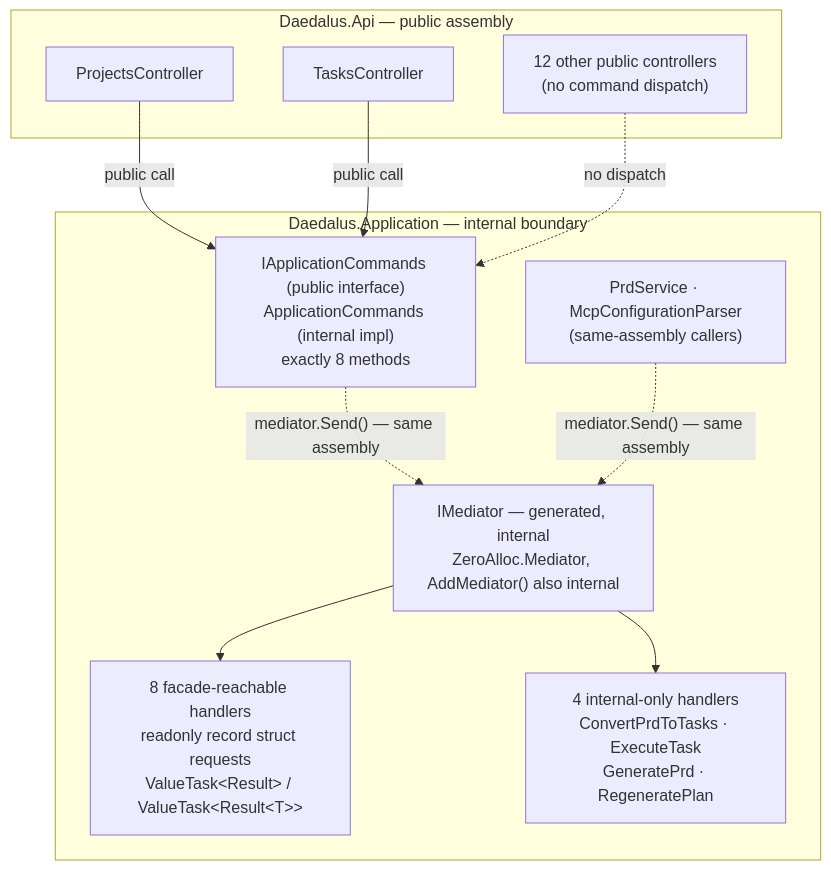
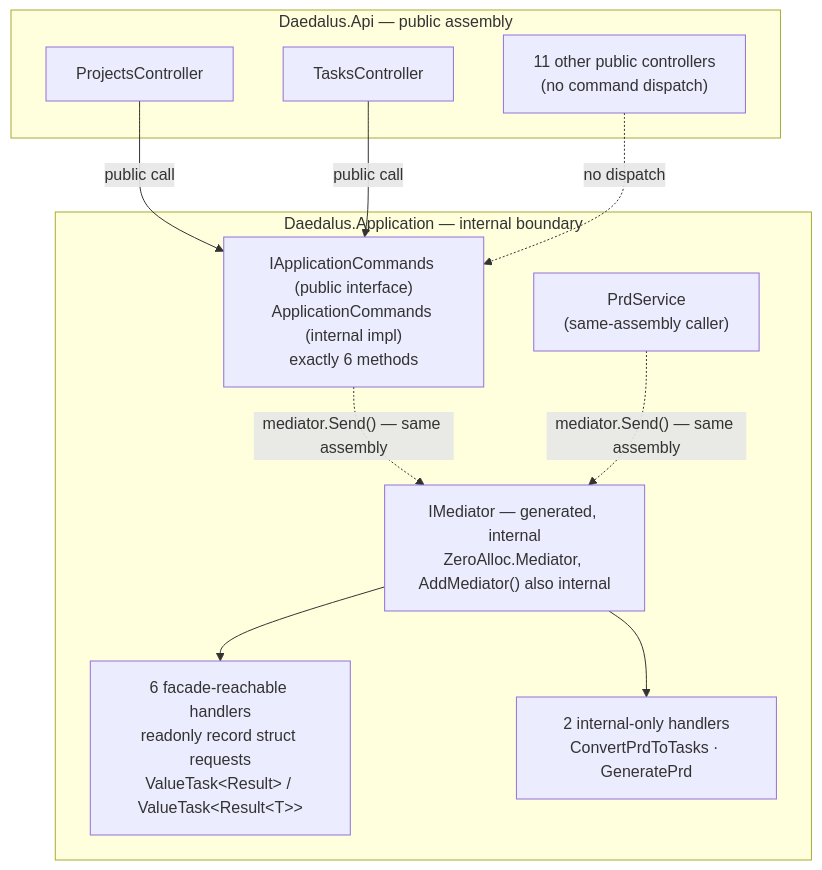
The fourth of 23 diagrams in docs/architecture-diagrams.md (MarcelRoozekrans/Daedalus.NET), drawn with Mermaid before and after one commit. The commit also changed other lines of this file and 8 other files, not shown here.

````diff
--- a/docs/architecture-diagrams.md
+++ b/docs/architecture-diagrams.md
@@ -464,25 +454,25 @@
 ```mermaid
 graph TB
     subgraph API["Daedalus.Api — public assembly"]
         Ctrl1["ProjectsController"]
         Ctrl2["TasksController"]
-        CtrlOther["12 other public controllers<br/>(no command dispatch)"]
+        CtrlOther["11 other public controllers<br/>(no command dispatch)"]
     end
 
     subgraph APP["Daedalus.Application — internal boundary"]
-        Facade["IApplicationCommands (public interface)<br/>ApplicationCommands (internal impl)<br/>exactly 8 methods"]
+        Facade["IApplicationCommands (public interface)<br/>ApplicationCommands (internal impl)<br/>exactly 6 methods"]
         Mediator["IMediator — generated, internal<br/>ZeroAlloc.Mediator, AddMediator() also internal"]
-        H8["8 facade-reachable handlers<br/>readonly record struct requests<br/>ValueTask&lt;Result&gt; / ValueTask&lt;Result&lt;T&gt;&gt;"]
-        Internal["PrdService · McpConfigurationParser<br/>(same-assembly callers)"]
-        H4["4 internal-only handlers<br/>ConvertPrdToTasks · ExecuteTask<br/>GeneratePrd · RegeneratePlan"]
+        H8["6 facade-reachable handlers<br/>readonly record struct requests<br/>ValueTask&lt;Result&gt; / ValueTask&lt;Result&lt;T&gt;&gt;"]
+        Internal["PrdService<br/>(same-assembly caller)"]
+        H4["2 internal-only handlers<br/>ConvertPrdToTasks · GeneratePrd"]
     end
 
     Ctrl1 -->|"public call"| Facade
     Ctrl2 -->|"public call"| Facade
     Facade -.->|"mediator.Send() — same assembly"| Mediator
     Mediator --> H8
     Internal -.->|"mediator.Send() — same assembly"| Mediator
     Mediator --> H4
 
     CtrlOther -.->|"no dispatch"| Facade
 ```
````
